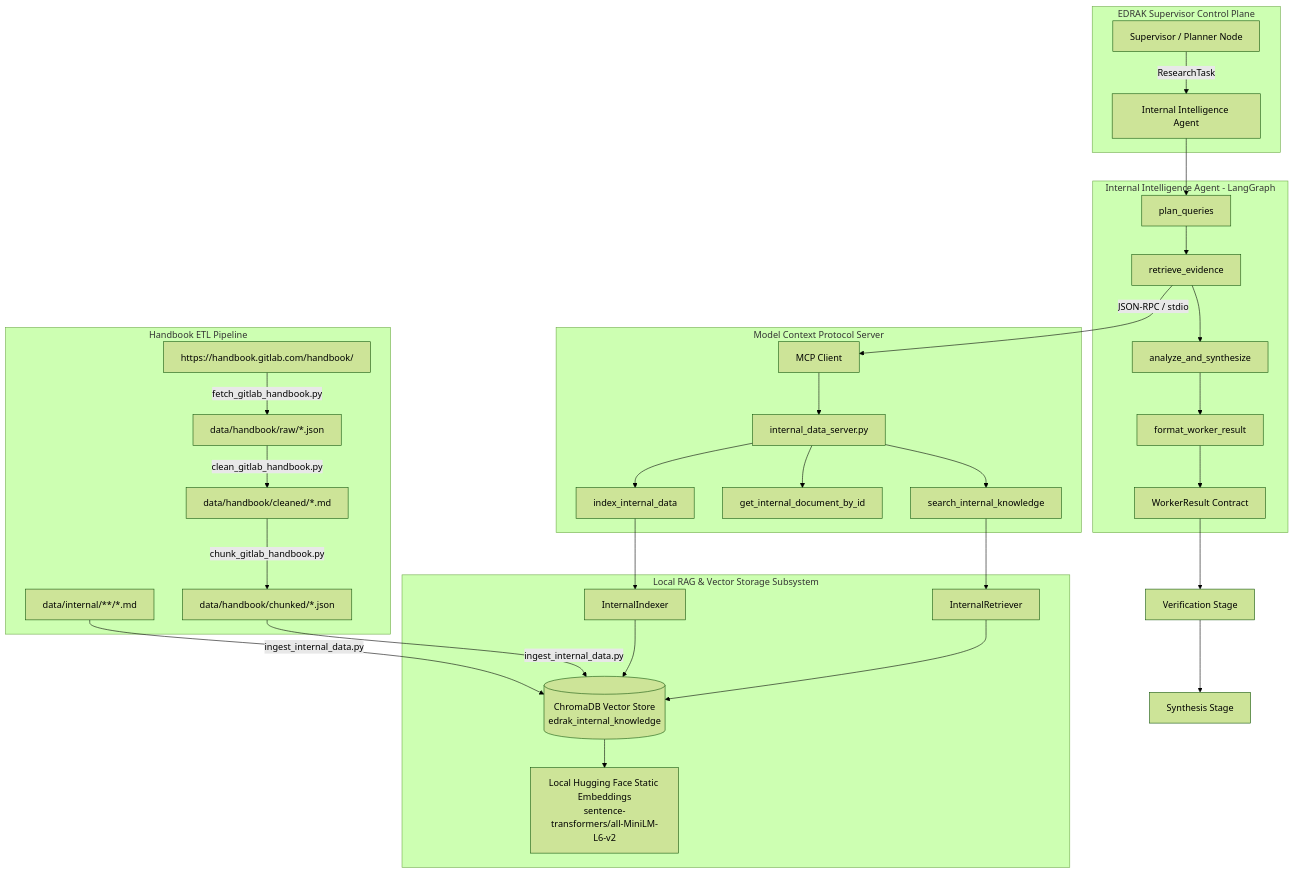
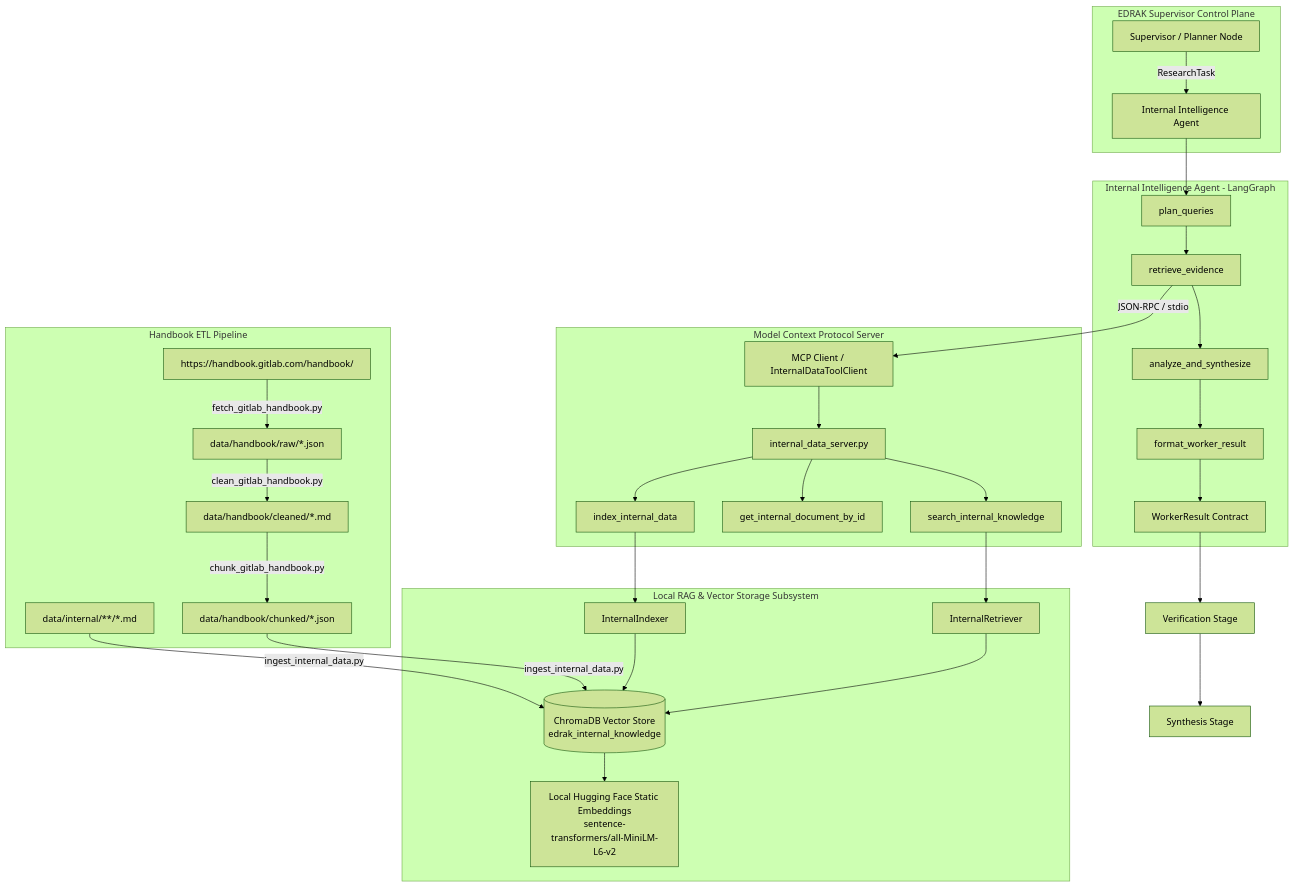
One commit to ali1soverseas/EDRAK changed the diagram in INTERNAL_FEATURE.md. Above: the diagram before and after it, drawn with Mermaid (forest theme). The commit also changed other lines of this file, not shown here.

Commit message:
docs(internal): update architecture guide with contracts and manual execution steps

````diff
--- a/INTERNAL_FEATURE.md
+++ b/INTERNAL_FEATURE.md
@@ -24,42 +24,42 @@
 ```mermaid
 flowchart TD
     subgraph SupervisorPlane [EDRAK Supervisor Control Plane]
         Supervisor[Supervisor / Planner Node]
         Supervisor -->|ResearchTask| InternalAgent[Internal Intelligence Agent]
     end
 
     subgraph InternalAgentPlane [Internal Intelligence Agent - LangGraph]
         InternalAgent --> Node1[plan_queries]
         Node1 --> Node2[retrieve_evidence]
         Node2 --> Node3[analyze_and_synthesize]
         Node3 --> Node4[format_worker_result]
         Node4 --> WorkerResult[WorkerResult Contract]
     end
 
     subgraph MCPPlane [Model Context Protocol Server]
-        Node2 -->|JSON-RPC / stdio| MCPClient[MCP Client]
+        Node2 -->|JSON-RPC / stdio| MCPClient[MCP Client / InternalDataToolClient]
         MCPClient --> MCPServer[internal_data_server.py]
         MCPServer --> Tool1[search_internal_knowledge]
         MCPServer --> Tool2[get_internal_document_by_id]
         MCPServer --> Tool3[index_internal_data]
     end
 
     subgraph RAGPlane [Local RAG & Vector Storage Subsystem]
         Tool1 --> Retriever[InternalRetriever]
         Tool3 --> Indexer[InternalIndexer]
         Retriever --> ChromaDB[(ChromaDB Vector Store\nedrak_internal_knowledge)]
         Indexer --> ChromaDB
         ChromaDB --> Embeddings[Local Hugging Face Static Embeddings\nsentence-transformers/all-MiniLM-L6-v2]
     end
 
     subgraph ETLPlane [Handbook ETL Pipeline]
         WebHandbook[https://handbook.gitlab.com/handbook/] -->|fetch_gitlab_handbook.py| RawData[data/handbook/raw/*.json]
         RawData -->|clean_gitlab_handbook.py| CleanData[data/handbook/cleaned/*.md]
         CleanData -->|chunk_gitlab_handbook.py| ChunkData[data/handbook/chunked/*.json]
         ChunkData -->|ingest_internal_data.py| ChromaDB
         InternalDocs[data/internal/**/*.md] -->|ingest_internal_data.py| ChromaDB
     end
 
     WorkerResult --> Verification[Verification Stage]
     Verification --> Synthesis[Synthesis Stage]
 ```
````
